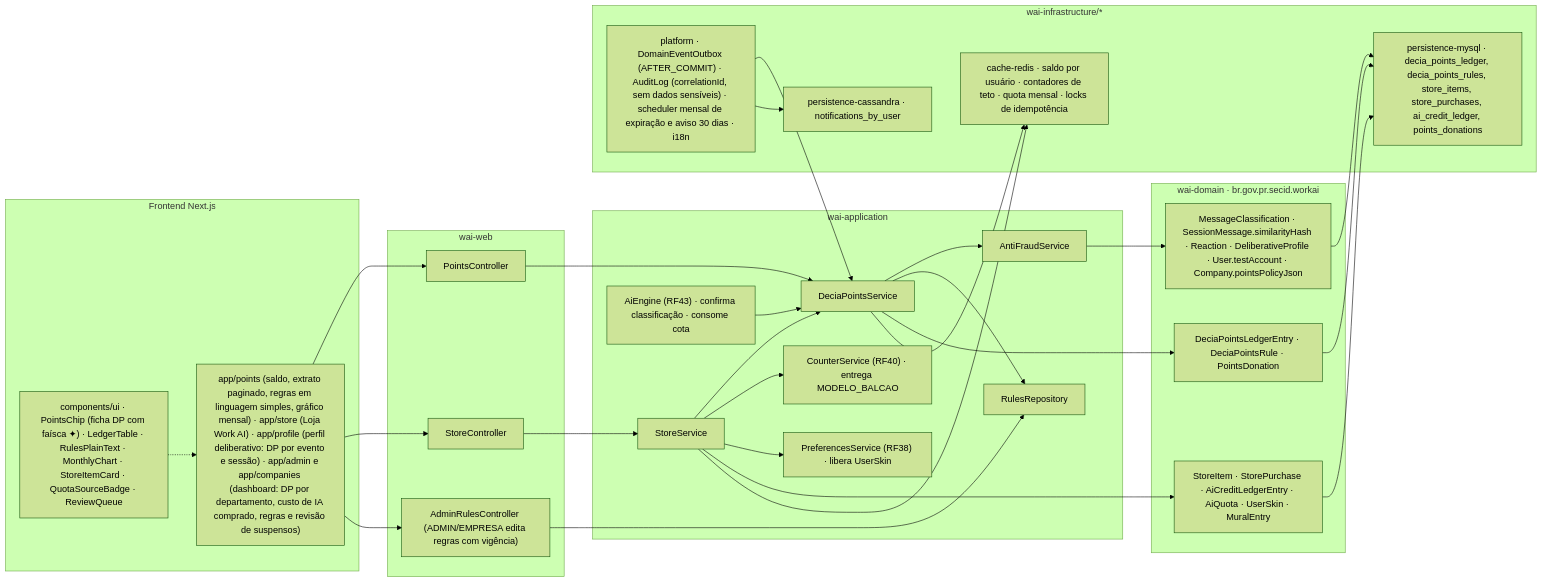
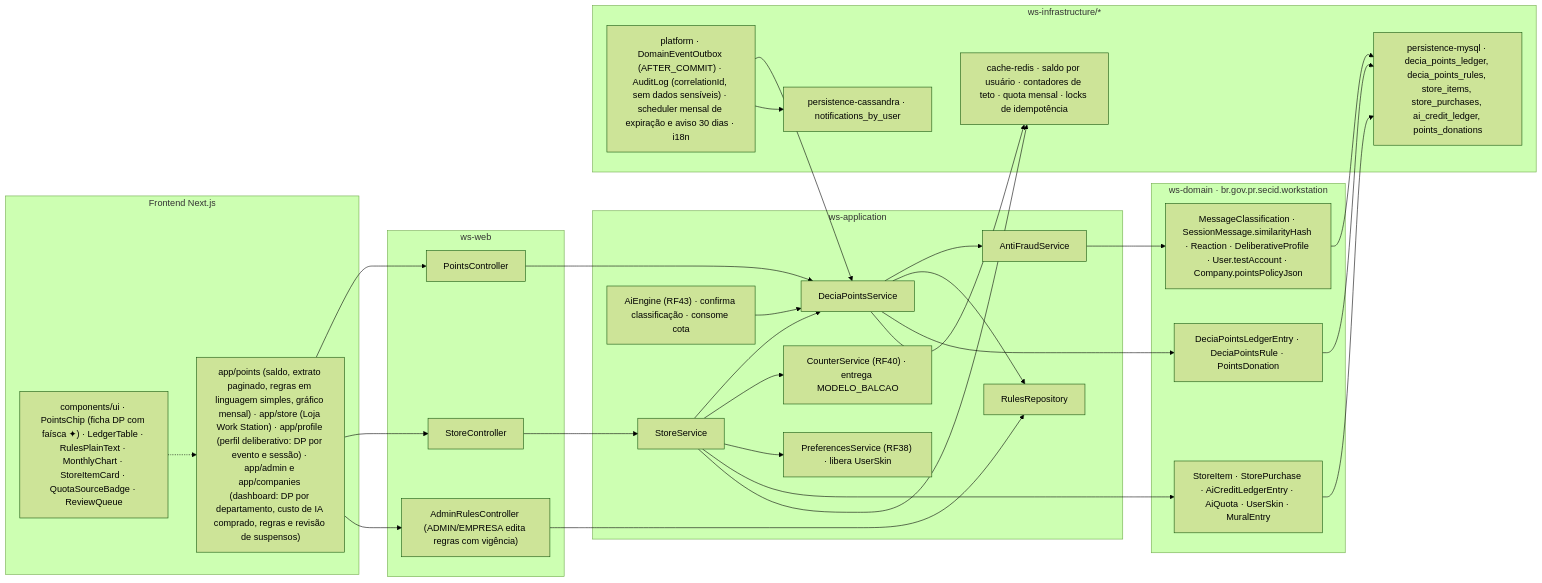
Before and after one commit to MatheusHaliski/Decia-app-2026: the fifth of 5 diagrams in docs/diagramas/RF42/README.md, drawn with Mermaid (forest theme). The commit also changed other lines of this file and 65 other files, not shown here.

First line of the commit message:
docs: renomeia o produto para Work Station (módulos ws-*), UserPreferences no diagrama v1, RF44/RF45 ajustados, design system (tokens, components.css, 66 ícones, 112 anatomias SVG, galeria e capturas) e dúvidas Q-36..Q-43

````diff
--- a/docs/diagramas/RF42/README.md
+++ b/docs/diagramas/RF42/README.md
@@ -530,60 +530,60 @@
 ```mermaid
 flowchart LR
   subgraph FE["Frontend Next.js"]
-    FE1["app/points (saldo, extrato paginado, regras em linguagem simples, gráfico mensal) · app/store (Loja Work AI) · app/profile (perfil deliberativo: DP por evento e sessão) · app/admin e app/companies (dashboard: DP por departamento, custo de IA comprado, regras e revisão de suspensos)"]
+    FE1["app/points (saldo, extrato paginado, regras em linguagem simples, gráfico mensal) · app/store (Loja Work Station) · app/profile (perfil deliberativo: DP por evento e sessão) · app/admin e app/companies (dashboard: DP por departamento, custo de IA comprado, regras e revisão de suspensos)"]
     FE2["components/ui · PointsChip (ficha DP com faísca ✦) · LedgerTable · RulesPlainText · MonthlyChart · StoreItemCard · QuotaSourceBadge · ReviewQueue"]
   end
 
-  subgraph WEB["wai-web"]
+  subgraph WEB["ws-web"]
     C1["PointsController"]
     C2["StoreController"]
     C3["AdminRulesController (ADMIN/EMPRESA edita regras com vigência)"]
   end
 
-  subgraph APP["wai-application"]
+  subgraph APP["ws-application"]
     S1["DeciaPointsService"]
     S2["StoreService"]
     S3["AntiFraudService"]
     S4["AiEngine (RF43) · confirma classificação · consome cota"]
     S5["CounterService (RF40) · entrega MODELO_BALCAO"]
     S6["PreferencesService (RF38) · libera UserSkin"]
     P1["RulesRepository"]
   end
 
-  subgraph DOM["wai-domain · br.gov.pr.secid.workai"]
+  subgraph DOM["ws-domain · br.gov.pr.secid.workstation"]
     D1["DeciaPointsLedgerEntry · DeciaPointsRule · PointsDonation"]
     D2["StoreItem · StorePurchase · AiCreditLedgerEntry · AiQuota · UserSkin · MuralEntry"]
     D3["MessageClassification · SessionMessage.similarityHash · Reaction · DeliberativeProfile · User.testAccount · Company.pointsPolicyJson"]
   end
 
-  subgraph INFRA["wai-infrastructure/*"]
+  subgraph INFRA["ws-infrastructure/*"]
     I1["persistence-mysql · decia_points_ledger, decia_points_rules, store_items, store_purchases, ai_credit_ledger, points_donations"]
     I2["cache-redis · saldo por usuário · contadores de teto · quota mensal · locks de idempotência"]
     I3["persistence-cassandra · notifications_by_user"]
     I4["platform · DomainEventOutbox (AFTER_COMMIT) · AuditLog (correlationId, sem dados sensíveis) · scheduler mensal de expiração e aviso 30 dias · i18n"]
   end
 
   FE1 --> C1
   FE1 --> C2
   FE1 --> C3
   FE2 -.-> FE1
   C1 --> S1
   C2 --> S2
   C3 --> P1
   S2 --> S1
   S2 --> S5
   S2 --> S6
   S1 --> S3
   S1 --> P1
   S4 --> S1
   S1 --> D1
   S2 --> D2
   S3 --> D3
   D1 --> I1
   D2 --> I1
   D3 --> I1
   S1 --> I2
   S2 --> I2
   I4 --> S1
   I4 --> I3
 ```
````
